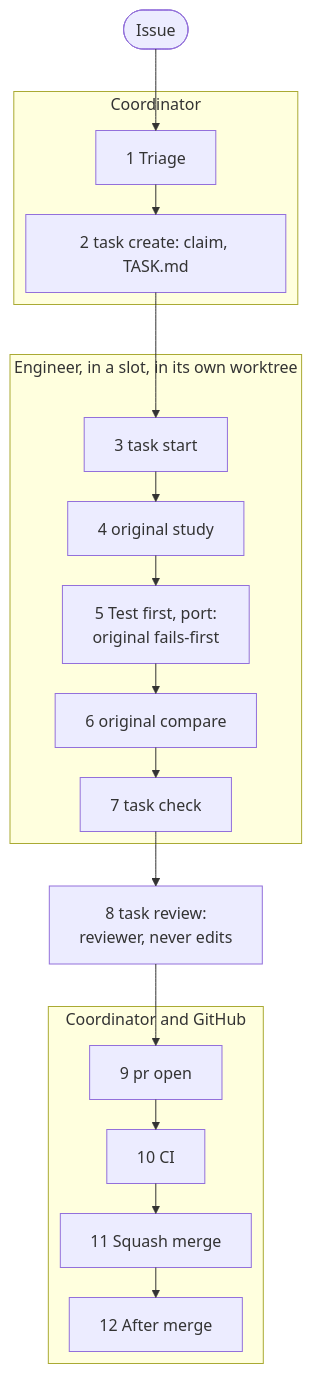
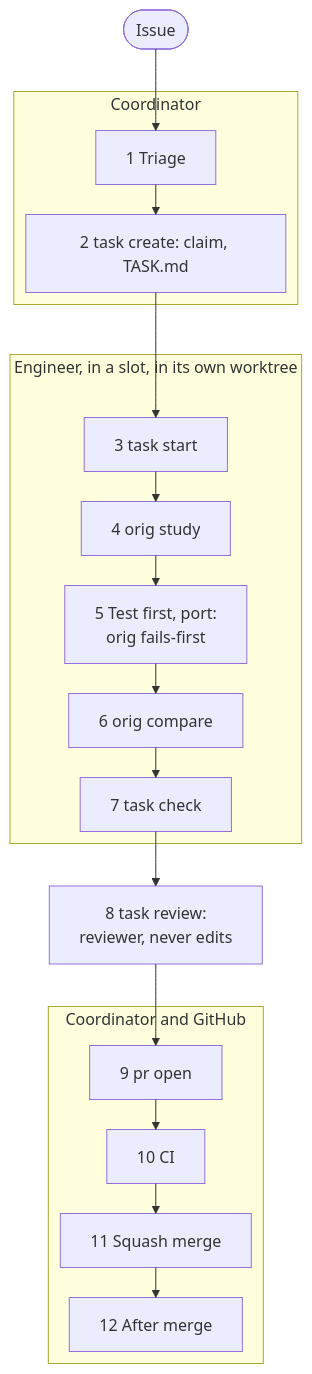
One commit to Ryubara/coney changed the first of 3 diagrams in docs/guides/how-we-work.md. Above: the diagram before and after it, drawn with Mermaid. The commit also changed other lines of this file and 416 other files, not shown here.

````diff
--- a/docs/guides/how-we-work.md
+++ b/docs/guides/how-we-work.md
@@ -47,30 +47,30 @@
 ```mermaid
 ---
 config:
   layout: elk
   flowchart:
     rankSpacing: 30
 ---
 flowchart TB
   issue(["Issue"])
   subgraph coord1 ["Coordinator"]
     triage["1 Triage"]
     claim["2 task create: claim, TASK.md"]
   end
   subgraph eng ["Engineer, in a slot, in its own worktree"]
     start["3 task start"]
-    study["4 original study"]
-    port["5 Test first, port:<br/>original fails-first"]
-    compare["6 original compare"]
+    study["4 orig study"]
+    port["5 Test first, port:<br/>orig fails-first"]
+    compare["6 orig compare"]
     check["7 task check"]
   end
   review["8 task review:<br/>reviewer, never edits"]
   subgraph coord2 ["Coordinator and GitHub"]
     open["9 pr open"]
     ci["10 CI"]
     merge["11 Squash merge"]
     after["12 After merge"]
   end
   issue --> triage --> claim --> start --> study --> port --> compare --> check
   check --> review --> open --> ci --> merge --> after
 ```
````
